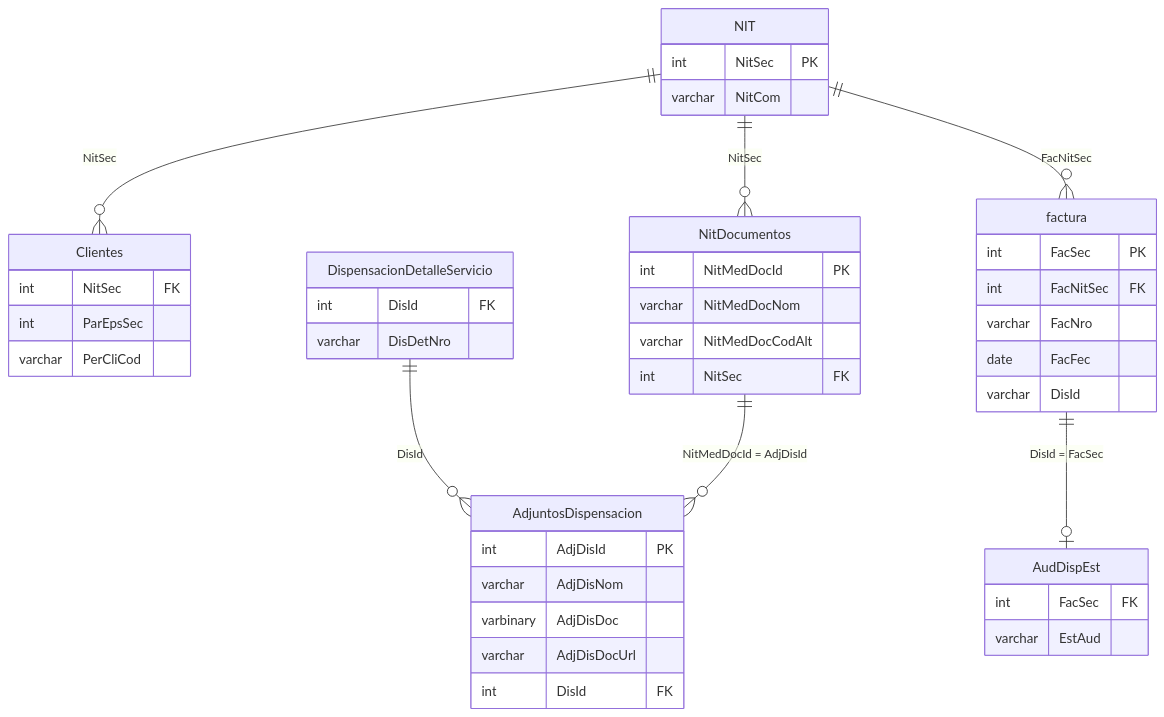
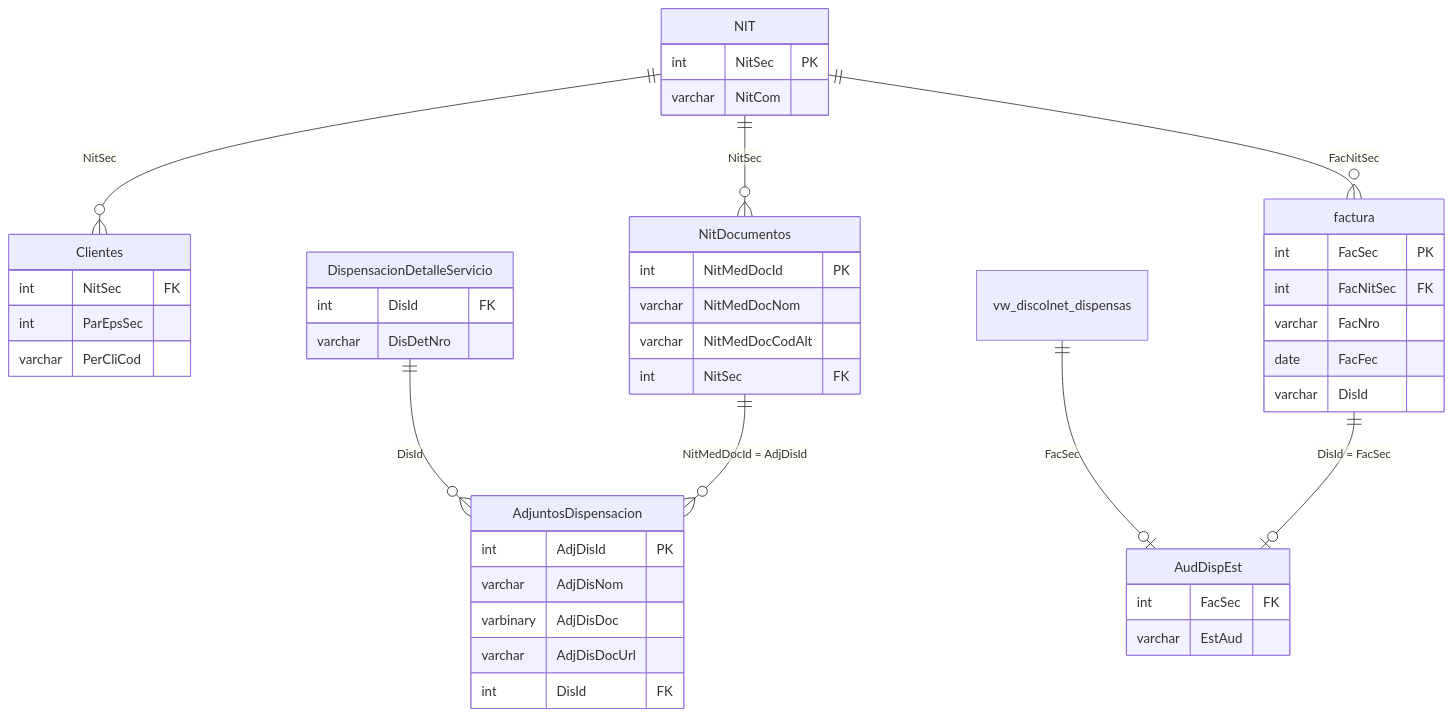
Before and after one commit to jfrem/AudFact: the diagram in plans/database-schema.md, drawn with Mermaid. The commit also changed other lines of this file and 133 other files, not shown here.

````diff
--- a/plans/database-schema.md
+++ b/plans/database-schema.md
@@ -164,55 +164,56 @@
 ```mermaid
 erDiagram
     NIT ||--o{ Clientes : "NitSec"
     NIT ||--o{ NitDocumentos : "NitSec"
     NIT ||--o{ factura : "FacNitSec"
 
+    vw_discolnet_dispensas ||--o| AudDispEst : "FacSec"
     factura ||--o| AudDispEst : "DisId = FacSec"
 
     DispensacionDetalleServicio ||--o{ AdjuntosDispensacion : "DisId"
     NitDocumentos ||--o{ AdjuntosDispensacion : "NitMedDocId = AdjDisId"
 
     NIT {
         int NitSec PK
         varchar NitCom
     }
 
     Clientes {
         int NitSec FK
         int ParEpsSec
         varchar PerCliCod
     }
 
     factura {
         int FacSec PK
         int FacNitSec FK
         varchar FacNro
         date FacFec
         varchar DisId
     }
 
     AdjuntosDispensacion {
         int AdjDisId PK
         varchar AdjDisNom
         varbinary AdjDisDoc
         varchar AdjDisDocUrl
         int DisId FK
     }
 
     DispensacionDetalleServicio {
         int DisId FK
         varchar DisDetNro
     }
 
     NitDocumentos {
         int NitMedDocId PK
         varchar NitMedDocNom
         varchar NitMedDocCodAlt
         int NitSec FK
     }
 
     AudDispEst {
         int FacSec FK
         varchar EstAud
     }
 ```
````
